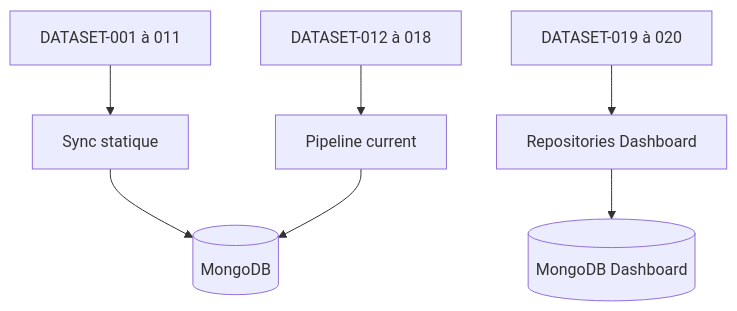
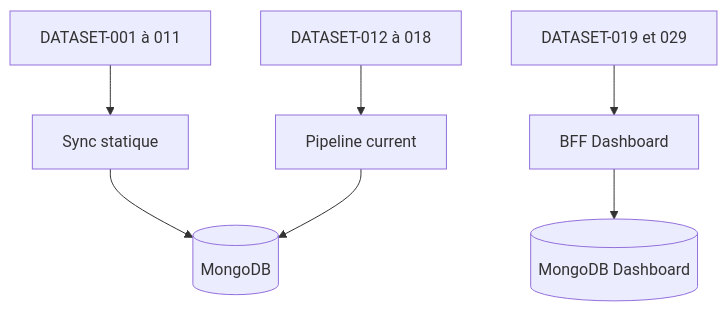
The diagram in docs/Tome 1 — Foundation (Fondations)/DOC-016-dataset-overview.md (Matthieu-Vachet/dashboard_Admin), drawn with Mermaid before and after one commit. The commit also changed other lines of this file and 77 other files, not shown here.

````diff
--- a/docs/Tome 1 — Foundation (Fondations)/DOC-016-dataset-overview.md
+++ b/docs/Tome 1 — Foundation (Fondations)/DOC-016-dataset-overview.md
@@ -72,9 +72,9 @@
 ```mermaid
 flowchart TD
   STATIC["DATASET-001 à 011"] --> SYNC["Sync statique"]
   CURRENT["DATASET-012 à 018"] --> PIPE["Pipeline current"]
-  PRIVATE["DATASET-019 à 020"] --> DASH["Repositories Dashboard"]
+  PRIVATE["DATASET-019 et 029"] --> DASH["BFF Dashboard"]
   SYNC --> DB[("MongoDB")]
   PIPE --> DB
   DASH --> DDB[("MongoDB Dashboard")]
 ```
````
